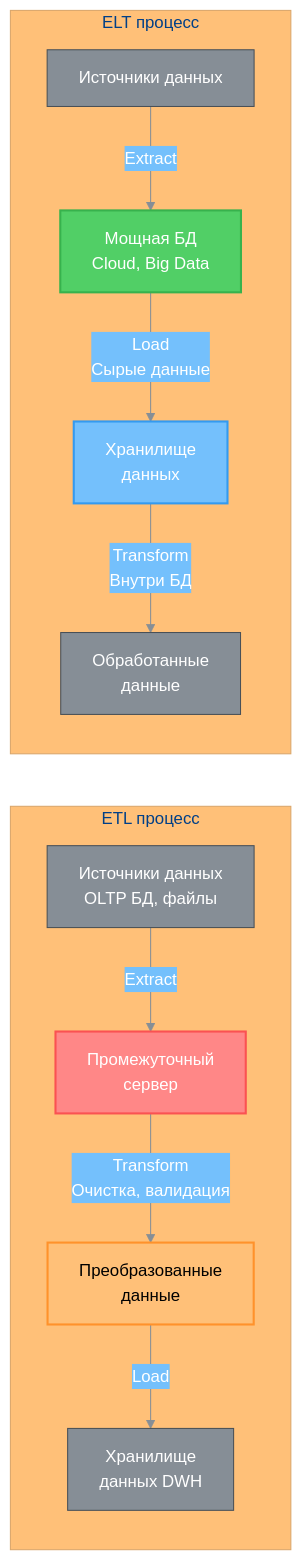
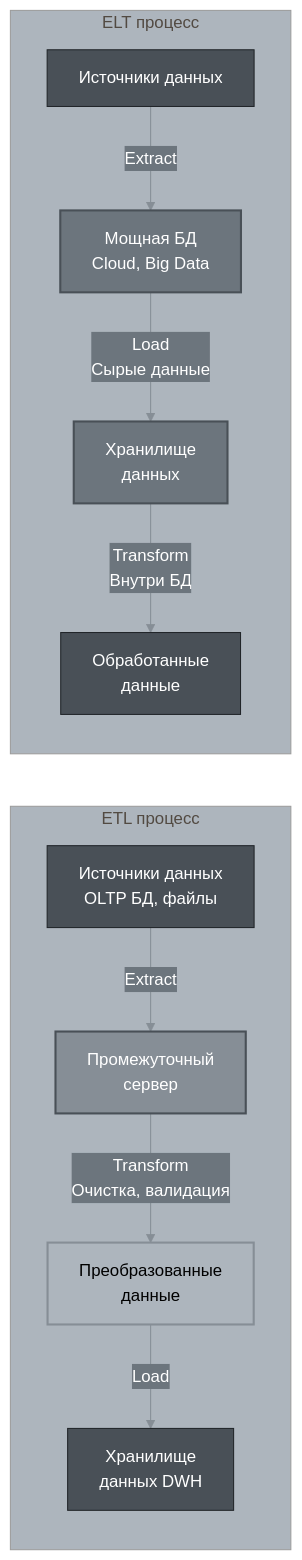
The sixth of 23 diagrams in db_exam.md (alx314vo/db_exam), drawn with Mermaid before and after one commit. The commit also changed other lines of this file, not shown here.

````diff
--- a/db_exam.md
+++ b/db_exam.md
@@ -371,20 +371,20 @@
 ```mermaid
-%%{init: {'theme':'base', 'themeVariables': {'primaryColor':'#868e96','primaryTextColor':'#fff','primaryBorderColor':'#495057','lineColor':'#868e96','secondaryColor':'#74c0fc','tertiaryColor':'#ffc078','background':'#ffffff','textColor':'#212529'}}}%%
+%%{init: {'theme':'base', 'themeVariables': {'primaryColor':'#495057','primaryTextColor':'#fff','primaryBorderColor':'#212529','lineColor':'#868e96','secondaryColor':'#6c757d','tertiaryColor':'#adb5bd','background':'#ffffff','textColor':'#212529'}}}%%
 graph LR
     subgraph "ETL процесс"
         A1[Источники данных<br/>OLTP БД, файлы] -->|Extract| B1[Промежуточный<br/>сервер]
         B1 -->|Transform<br/>Очистка, валидация| C1[Преобразованные<br/>данные]
         C1 -->|Load| D1[Хранилище<br/>данных DWH]
     end
     
     subgraph "ELT процесс"
         A2[Источники данных] -->|Extract| B2[Мощная БД<br/>Cloud, Big Data]
         B2 -->|Load<br/>Сырые данные| C2[Хранилище<br/>данных]
         C2 -->|Transform<br/>Внутри БД| D2[Обработанные<br/>данные]
     end
     
-    style B1 fill:#ff8787,stroke:#fa5252,stroke-width:2px,color:#fff
-    style C1 fill:#ffc078,stroke:#ff922b,stroke-width:2px,color:#000
-    style B2 fill:#51cf66,stroke:#37b24d,stroke-width:2px,color:#fff
-    style C2 fill:#74c0fc,stroke:#339af0,stroke-width:2px,color:#fff
+    style B1 fill:#868e96,stroke:#495057,stroke-width:2px,color:#fff
+    style C1 fill:#adb5bd,stroke:#868e96,stroke-width:2px,color:#000
+    style B2 fill:#6c757d,stroke:#495057,stroke-width:2px,color:#fff
+    style C2 fill:#6c757d,stroke:#495057,stroke-width:2px,color:#fff
 ```
````
